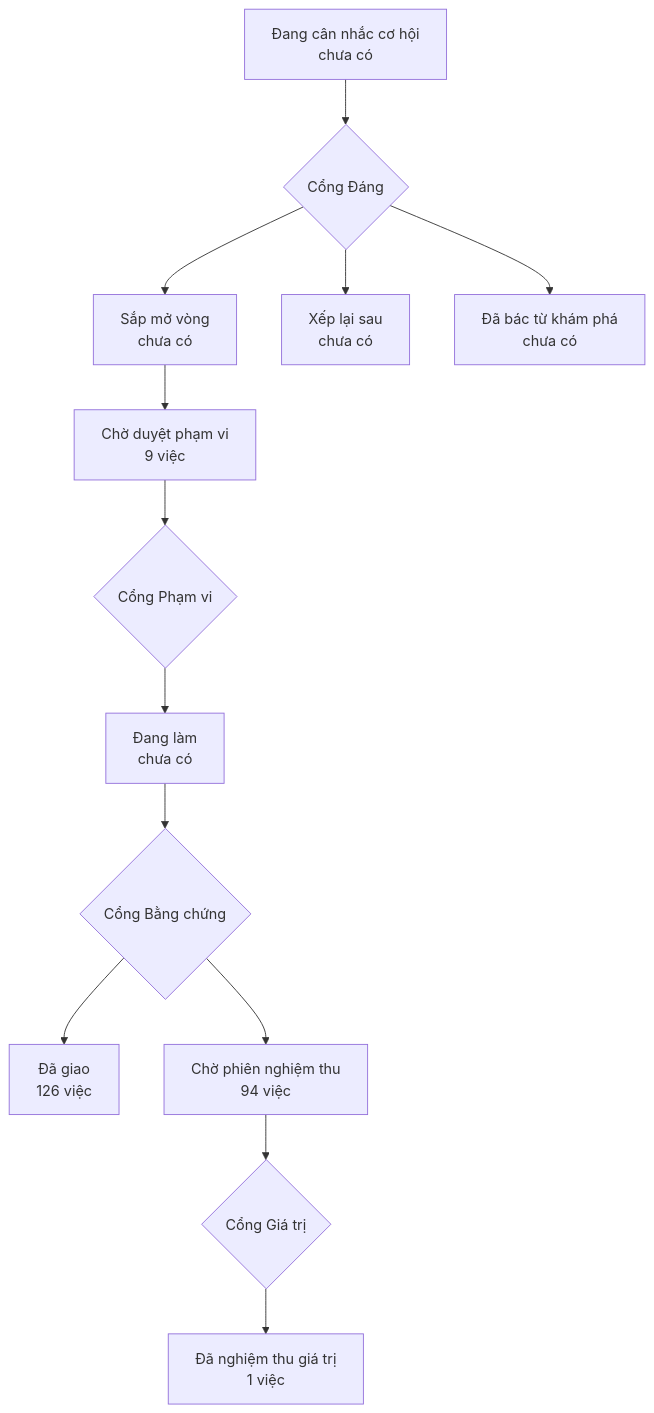
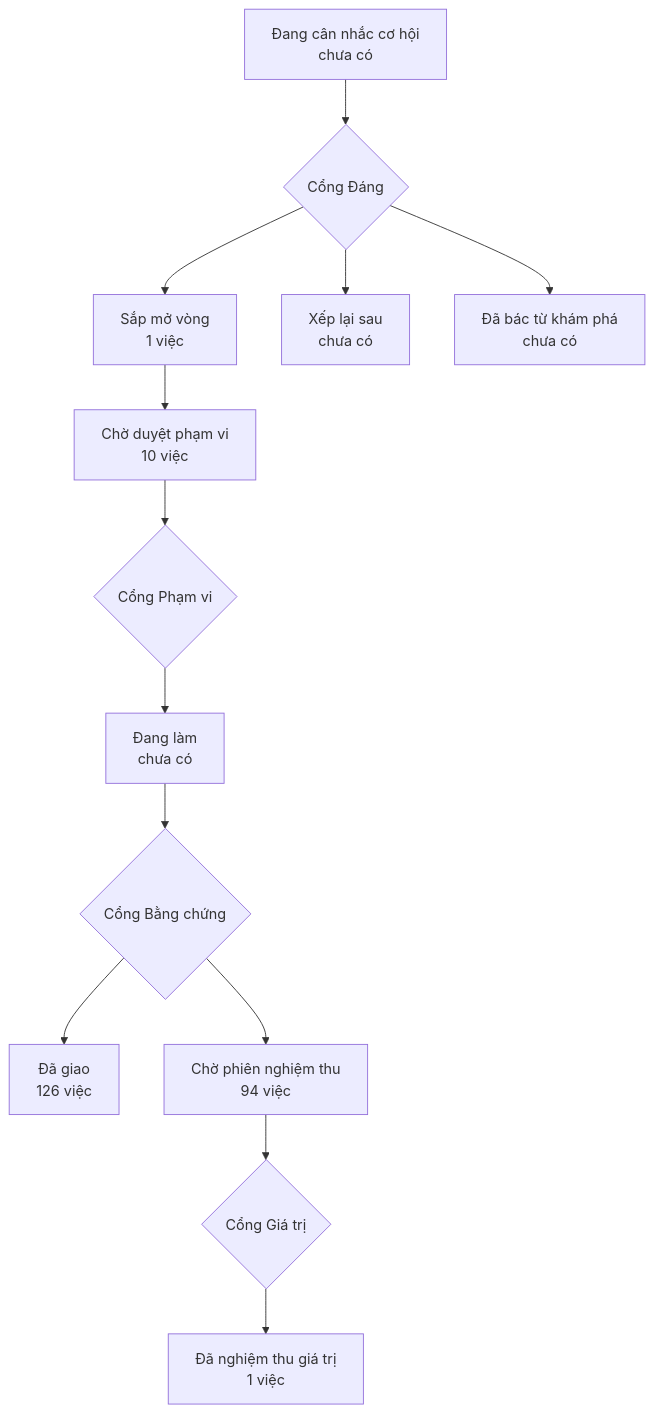
One commit to phanlemanh/onehub-invest changed the diagram in PRODUCT-MAP.md. Above: the diagram before and after it, drawn with Mermaid. The commit also changed other lines of this file and 1 other file, not shown here.

````diff
--- a/PRODUCT-MAP.md
+++ b/PRODUCT-MAP.md
@@ -7,12 +7,12 @@
 ```mermaid
 flowchart TD
   A["Đang cân nhắc cơ hội<br/>chưa có"] --> GD{"Cổng Đáng"}
-  GD --> B["Sắp mở vòng<br/>chưa có"]
+  GD --> B["Sắp mở vòng<br/>1 việc"]
   GD --> XL["Xếp lại sau<br/>chưa có"]
   GD --> DB["Đã bác từ khám phá<br/>chưa có"]
-  B --> CD["Chờ duyệt phạm vi<br/>9 việc"] --> GP{"Cổng Phạm vi"}
+  B --> CD["Chờ duyệt phạm vi<br/>10 việc"] --> GP{"Cổng Phạm vi"}
   GP --> DL["Đang làm<br/>chưa có"] --> GB{"Cổng Bằng chứng"}
   GB --> DG["Đã giao<br/>126 việc"]
   GB --> CN["Chờ phiên nghiệm thu<br/>94 việc"] --> GG{"Cổng Giá trị"}
   GG --> NT["Đã nghiệm thu giá trị<br/>1 việc"]
 ```
````
